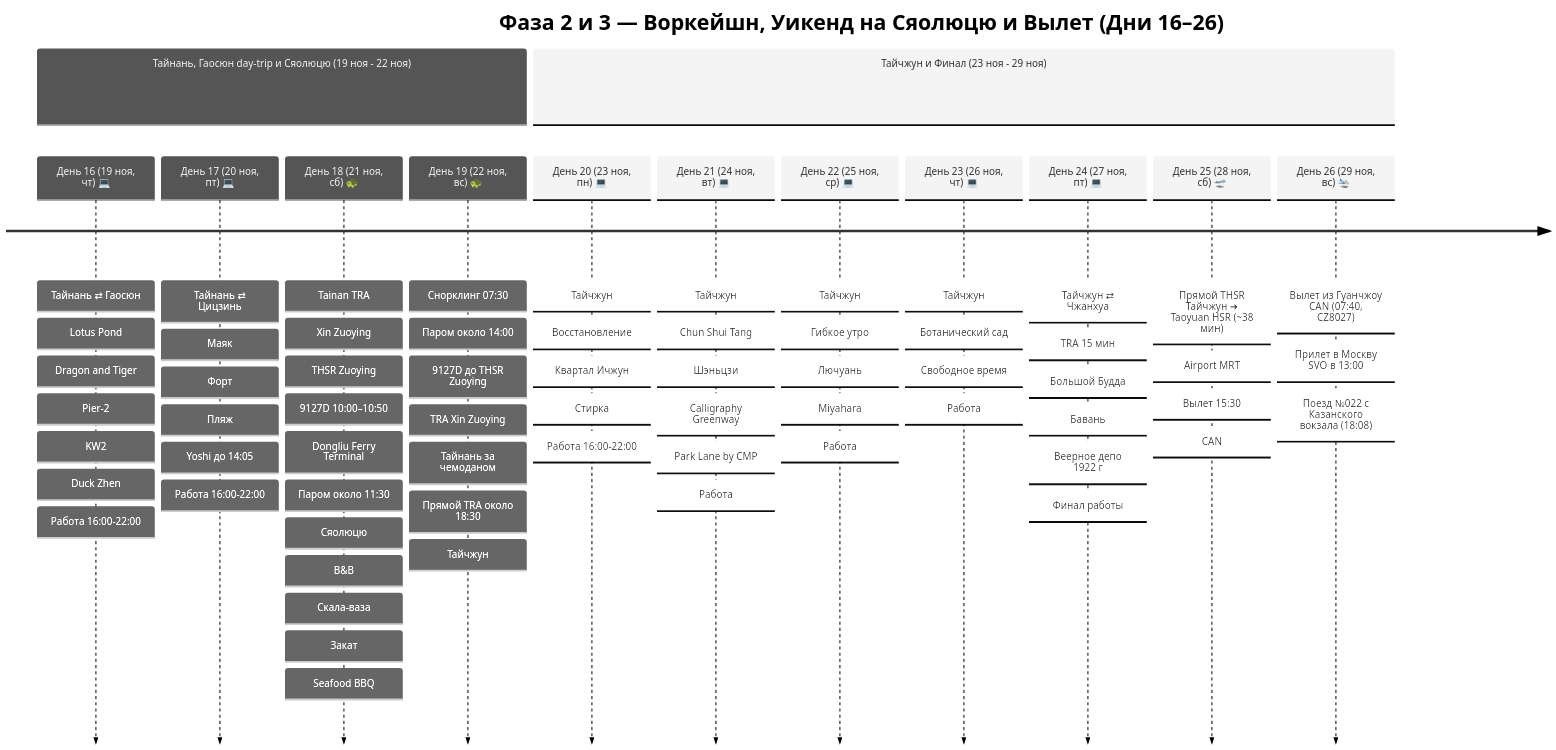
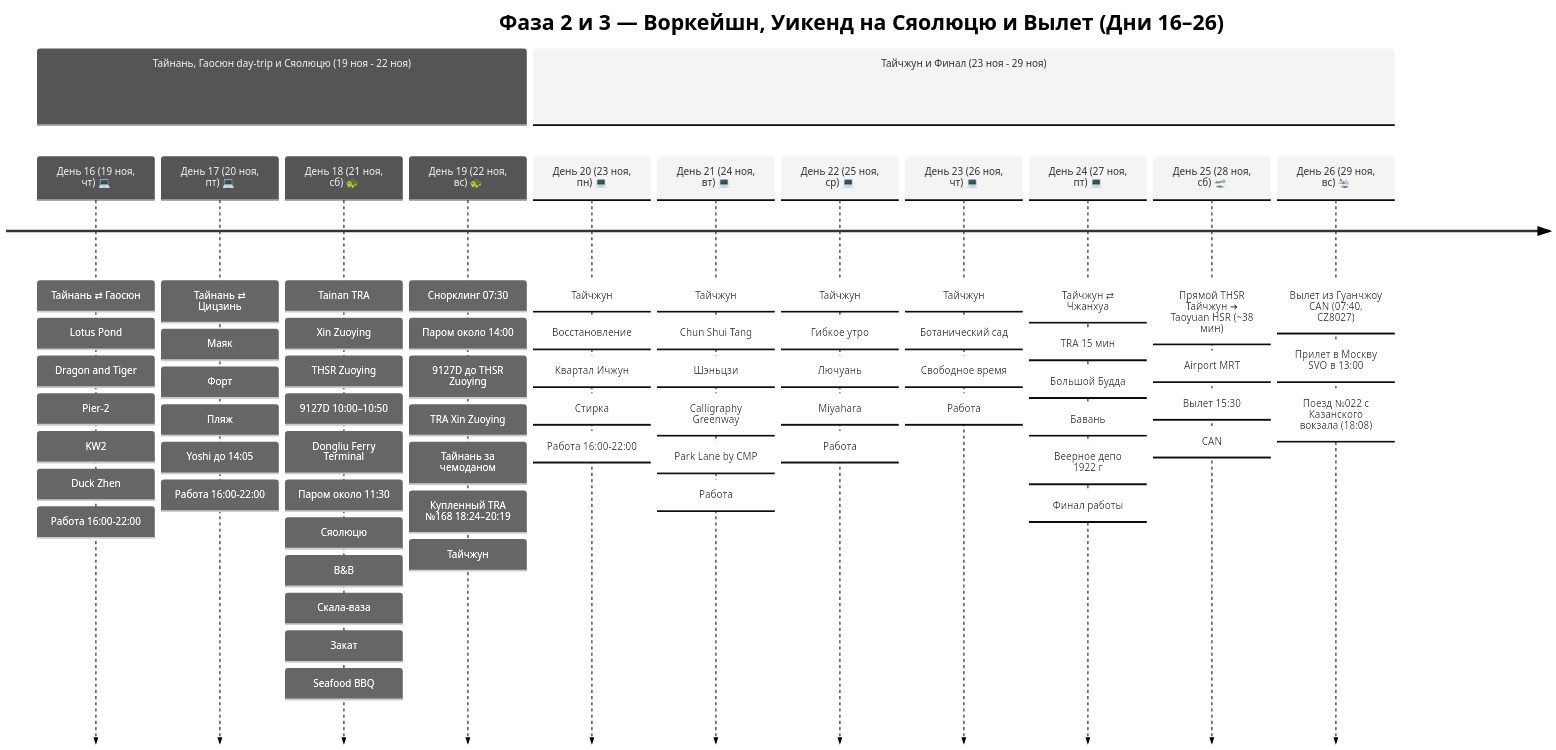
Before and after one commit to injurka/obsidian-mark: the second of 2 diagrams in Personal Note/Travel/05 Taiwan/Taiwan.md, drawn with Mermaid (neutral theme). The commit also changed 4 other files, not shown here.

````diff
--- a/Personal Note/Travel/05 Taiwan/Taiwan.md
+++ b/Personal Note/Travel/05 Taiwan/Taiwan.md
@@ -87,17 +87,17 @@
 ```mermaid
 timeline
     title Фаза 2 и 3 — Воркейшн, Уикенд на Сяолюцю и Вылет (Дни 16–26)
     section Тайнань, Гаосюн day-trip и Сяолюцю (19 ноя - 22 ноя)
         День 16 (19 ноя, чт) 💻 : Тайнань ⇄ Гаосюн : Lotus Pond : Dragon and Tiger : Pier-2 : KW2 : Duck Zhen : Работа 16:00-22:00
         День 17 (20 ноя, пт) 💻 : Тайнань ⇄ Цицзинь : Маяк : Форт : Пляж : Yoshi до 14:05 : Работа 16:00-22:00
         День 18 (21 ноя, сб) 🐢 : Tainan TRA : Xin Zuoying : THSR Zuoying : 9127D 10:00–10:50 : Dongliu Ferry Terminal : Паром около 11:30 : Сяолюцю : B&B : Скала-ваза : Закат : Seafood BBQ
-        День 19 (22 ноя, вс) 🐢 : Снорклинг 07:30 : Паром около 14:00 : 9127D до THSR Zuoying : TRA Xin Zuoying : Тайнань за чемоданом : Прямой TRA около 18:30 : Тайчжун
+        День 19 (22 ноя, вс) 🐢 : Снорклинг 07:30 : Паром около 14:00 : 9127D до THSR Zuoying : TRA Xin Zuoying : Тайнань за чемоданом : Купленный TRA №168 18:24–20:19 : Тайчжун
     section Тайчжун и Финал (23 ноя - 29 ноя)
         День 20 (23 ноя, пн) 💻 : Тайчжун : Восстановление : Квартал Ичжун : Стирка : Работа 16:00-22:00
         День 21 (24 ноя, вт) 💻 : Тайчжун : Chun Shui Tang : Шэньцзи : Calligraphy Greenway : Park Lane by CMP : Работа
         День 22 (25 ноя, ср) 💻 : Тайчжун : Гибкое утро : Лючуань : Miyahara : Работа
         День 23 (26 ноя, чт) 💻 : Тайчжун : Ботанический сад : Свободное время : Работа
         День 24 (27 ноя, пт) 💻 : Тайчжун ⇄ Чжанхуа : TRA 15 мин : Большой Будда : Бавань : Веерное депо 1922 г : Финал работы
         День 25 (28 ноя, сб) 🛫 : Прямой THSR Тайчжун ➔ Taoyuan HSR (~38 мин) : Airport MRT : Вылет 15:30 : CAN
         День 26 (29 ноя, вс) 🛬 : Вылет из Гуанчжоу CAN (07:40, CZ8027) : Прилет в Москву SVO в 13:00 : Поезд №022 с Казанского вокзала (18:08)
 ```
````
